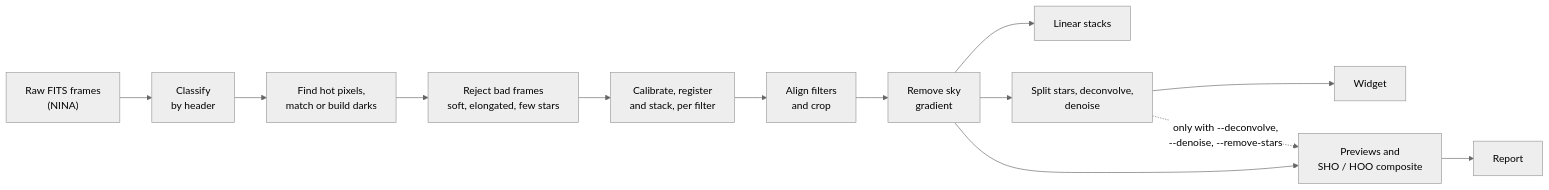
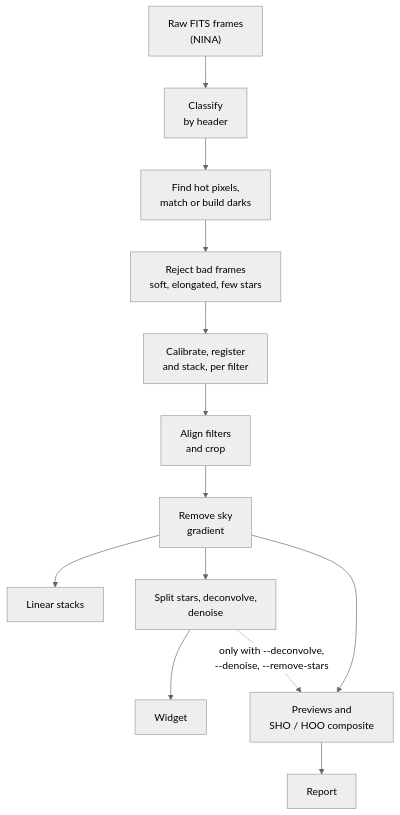
Before and after one commit to sergiomarrocoli/astro-pipeline: the diagram in README.md, drawn with Mermaid (neutral theme).

Commit message:
README: lay the process diagram out top-down

````diff
--- a/README.md
+++ b/README.md
@@ -5,15 +5,15 @@
 ```mermaid
-flowchart LR
+flowchart TD
     A["Raw FITS frames<br/>(NINA)"] --> B["Classify<br/>by header"]
     B --> C["Find hot pixels,<br/>match or build darks"]
     C --> D["Reject bad frames<br/>soft, elongated, few stars"]
     D --> E["Calibrate, register<br/>and stack, per filter"]
     E --> F["Align filters<br/>and crop"]
     F --> G["Remove sky<br/>gradient"]
     G --> I["Linear stacks"]
     G --> H["Split stars, deconvolve,<br/>denoise"]
     H --> L["Widget"]
     G --> J["Previews and<br/>SHO / HOO composite"]
     H -.->|"only with --deconvolve,<br/>--denoise, --remove-stars"| J
     J --> K["Report"]
 ```
````
